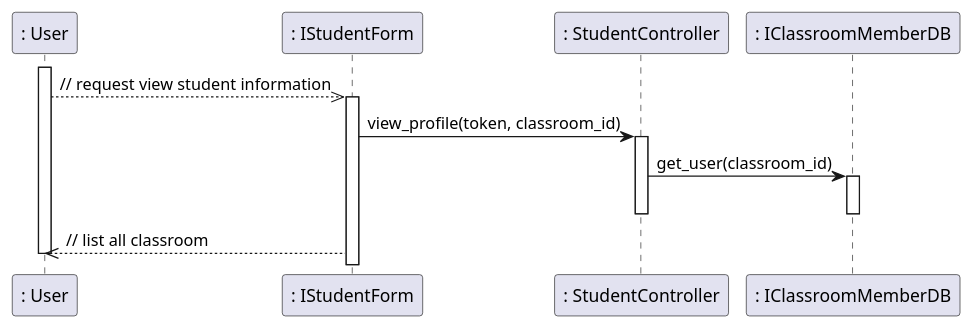
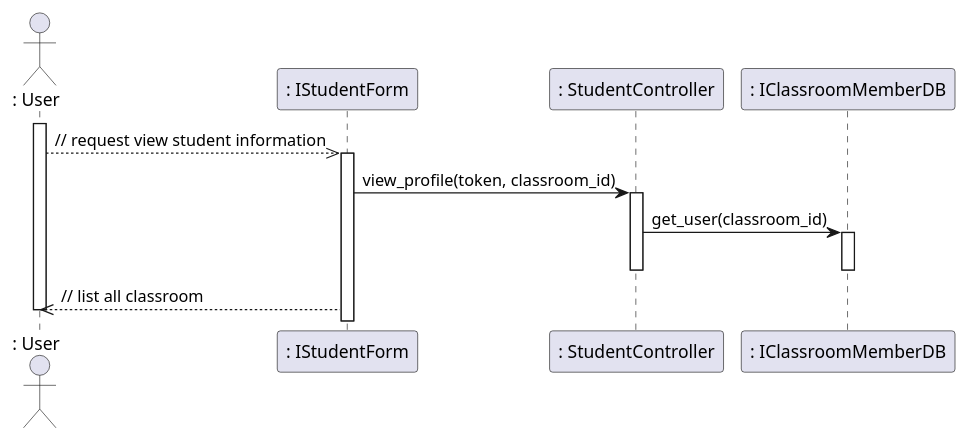
The diagram in sequence - design/student/viewStudent.plantuml (anonyhostvn/OOAD-Diagram), drawn with PlantUML before and after one commit. The commit also changed 7 other files, not shown here.

Commit message:
fix sequence design actor icon _ 1

```diff
--- a/sequence - design/student/viewStudent.plantuml
+++ b/sequence - design/student/viewStudent.plantuml
@@ -1,14 +1,15 @@
 @startuml viewStudent
+actor ": User"
 activate ": User"
 ": User" -->> ": IStudentForm": // request view student information
 activate ": IStudentForm"
 ": IStudentForm" -> ": StudentController": view_profile(token, classroom_id)
 activate ": StudentController"
 ": StudentController" -> ": IClassroomMemberDB": get_user(classroom_id)
 activate ": IClassroomMemberDB"
 deactivate ": IClassroomMemberDB"
 deactivate ": StudentController"
 ": IStudentForm" -->> ": User": // list all classroom
 deactivate ": User"
 
 @enduml
```
